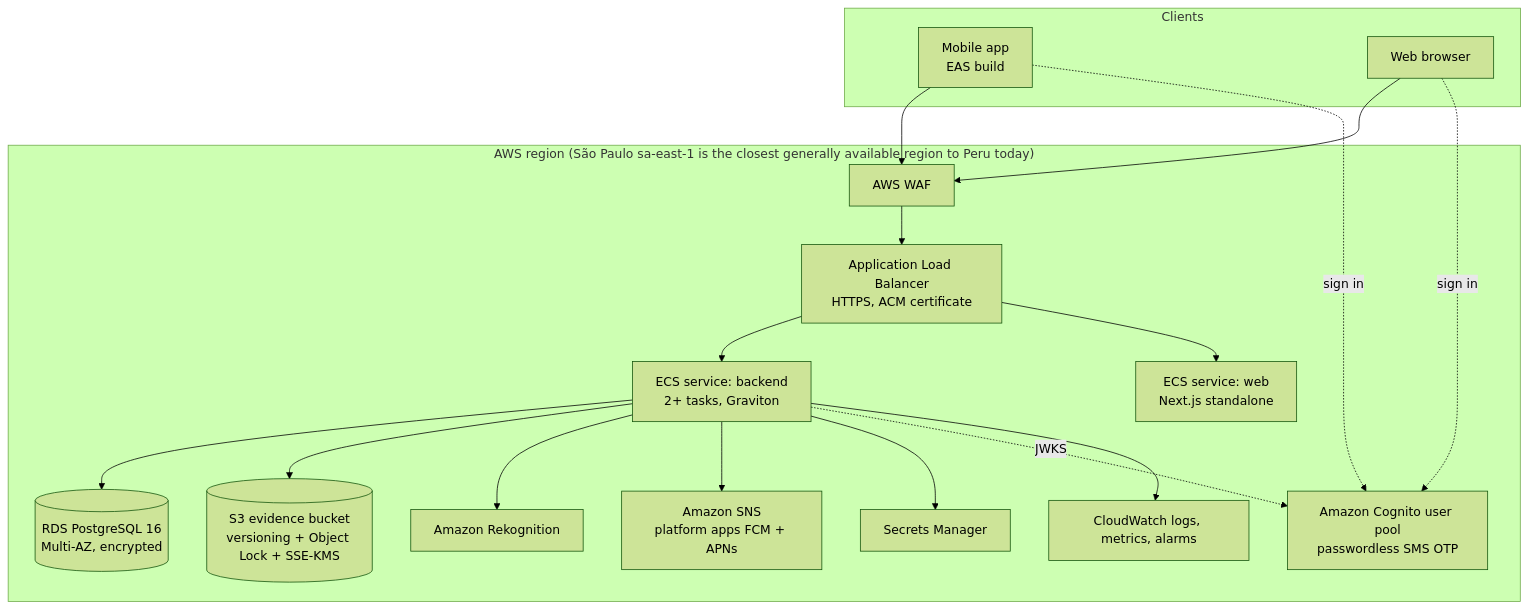
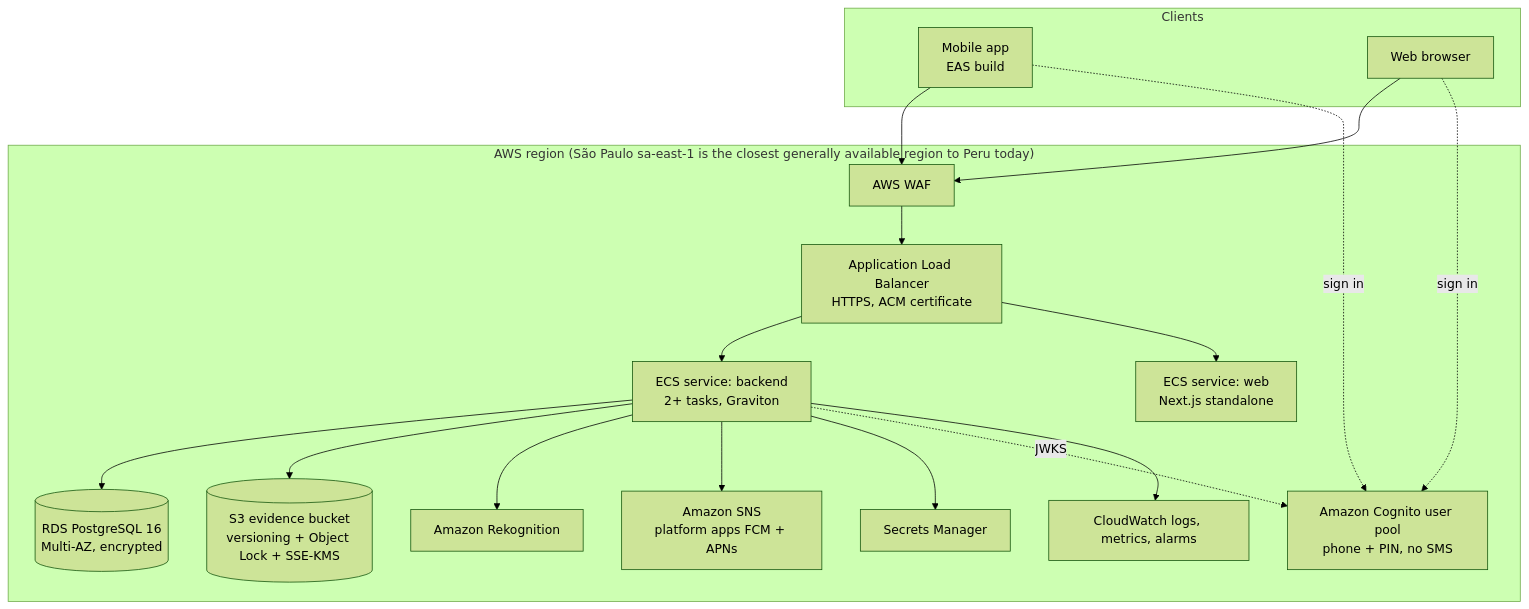
Before and after one commit to ssbsoftrepo/Gold-Passport: the diagram in docs/deployment-aws.md, drawn with Mermaid (forest theme). The commit also changed other lines of this file and 17 other files, not shown here.

First line of the commit message:
docs: phone number + PIN sign-in without SMS

````diff
--- a/docs/deployment-aws.md
+++ b/docs/deployment-aws.md
@@ -10,25 +10,25 @@
 ```mermaid
 flowchart TB
     subgraph Clients
         MOB[Mobile app<br/>EAS build]
         WEB[Web browser]
     end
     subgraph AWS["AWS region (São Paulo sa-east-1 is the closest generally available region to Peru today)"]
         WAF[AWS WAF] --> ALB[Application Load Balancer<br/>HTTPS, ACM certificate]
         ALB --> API[ECS service: backend<br/>2+ tasks, Graviton]
         ALB --> NEXT[ECS service: web<br/>Next.js standalone]
         API --> RDS[(RDS PostgreSQL 16<br/>Multi-AZ, encrypted)]
         API --> S3[(S3 evidence bucket<br/>versioning + Object Lock + SSE-KMS)]
         API --> REK[Amazon Rekognition]
         API --> SNS[Amazon SNS<br/>platform apps FCM + APNs]
         API --> SM[Secrets Manager]
-        COG[Amazon Cognito user pool<br/>passwordless SMS OTP]
+        COG[Amazon Cognito user pool<br/>phone + PIN, no SMS]
         CW[CloudWatch logs, metrics, alarms]
     end
     MOB --> WAF
     WEB --> WAF
     MOB -. sign in .-> COG
     WEB -. sign in .-> COG
     API -. JWKS .-> COG
     API --> CW
 ```
````
